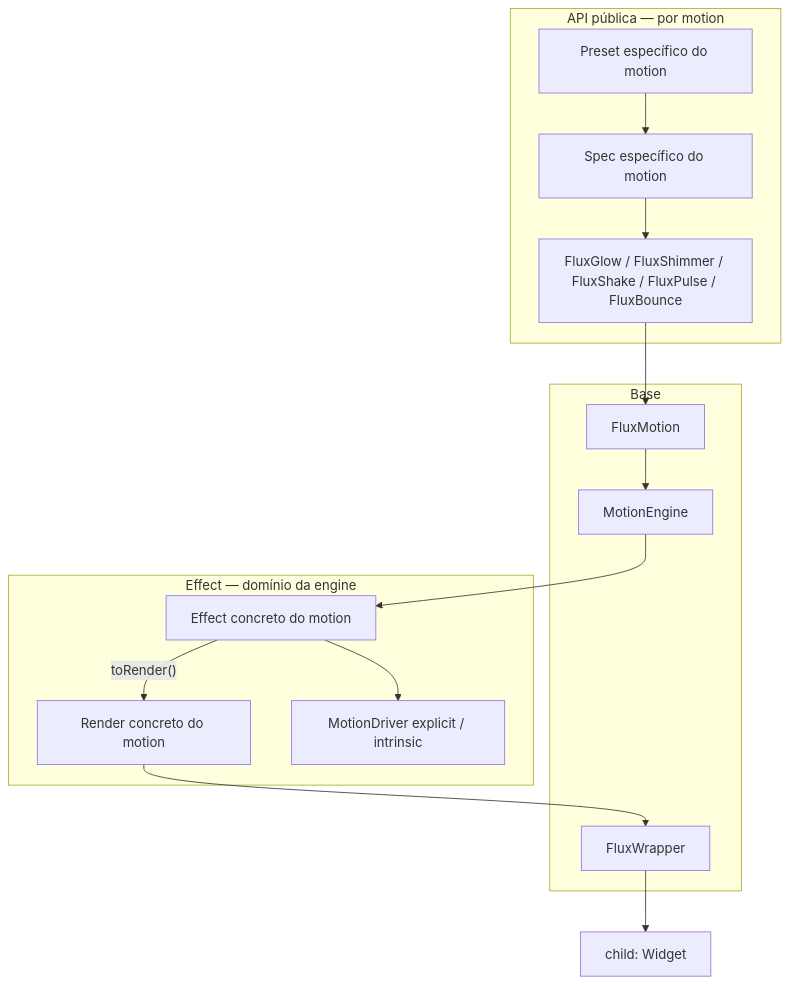
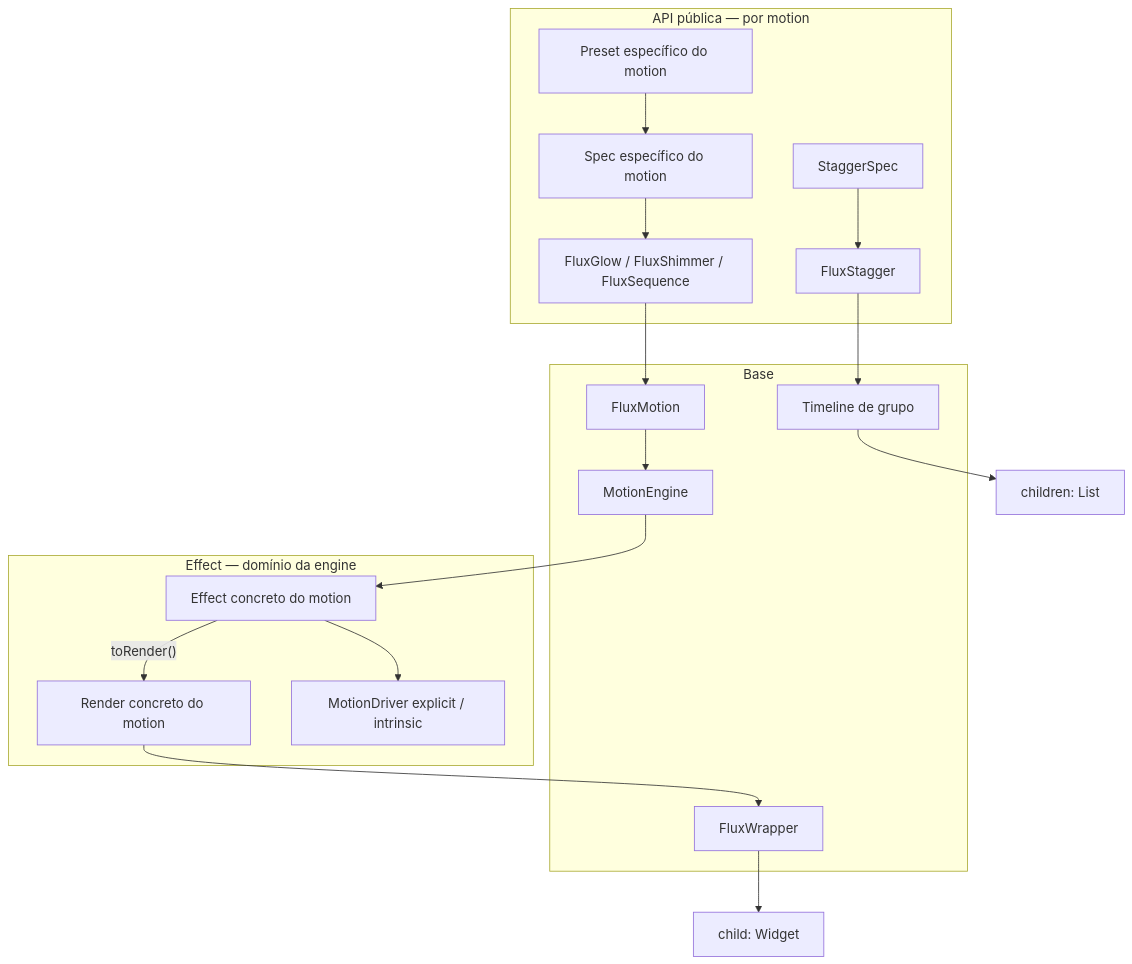
One commit to gMullerc/Flux-Motion changed the diagram in docs/ARCHITECTURE.md. Above: the diagram before and after it, drawn with Mermaid. The commit also changed other lines of this file and 7 other files, not shown here.

Commit message:
docs: add sequence and stagger catalogs

````diff
--- a/docs/ARCHITECTURE.md
+++ b/docs/ARCHITECTURE.md
@@ -53,30 +59,36 @@
 ```mermaid
 flowchart TB
     subgraph public [API pública — por motion]
-        Component["FluxGlow / FluxShimmer / FluxShake / FluxPulse / FluxBounce"]
+        Component["FluxGlow / FluxShimmer / FluxSequence"]
+        Stagger["FluxStagger"]
         Preset["Preset específico do motion"]
         Spec["Spec específico do motion"]
+        StaggerSpec["StaggerSpec"]
     end
 
     subgraph base [Base]
         FluxMotion
         Engine["MotionEngine"]
         Wrapper["FluxWrapper"]
+        GroupTimeline["Timeline de grupo"]
     end
 
     subgraph effect [Effect — domínio da engine]
         MotionEffect["Effect concreto do motion"]
         MotionRender["Render concreto do motion"]
         Driver["MotionDriver explicit / intrinsic"]
     end
 
     Preset --> Spec
     Spec --> Component
     Component --> FluxMotion
+    StaggerSpec --> Stagger
+    Stagger --> GroupTimeline
+    GroupTimeline --> Children["children: List<Widget>"]
     FluxMotion --> Engine
     Engine --> MotionEffect
     MotionEffect --> Driver
     MotionEffect -->|"toRender()"| MotionRender
     MotionRender --> Wrapper
     Wrapper --> Child["child: Widget"]
 ```
````
